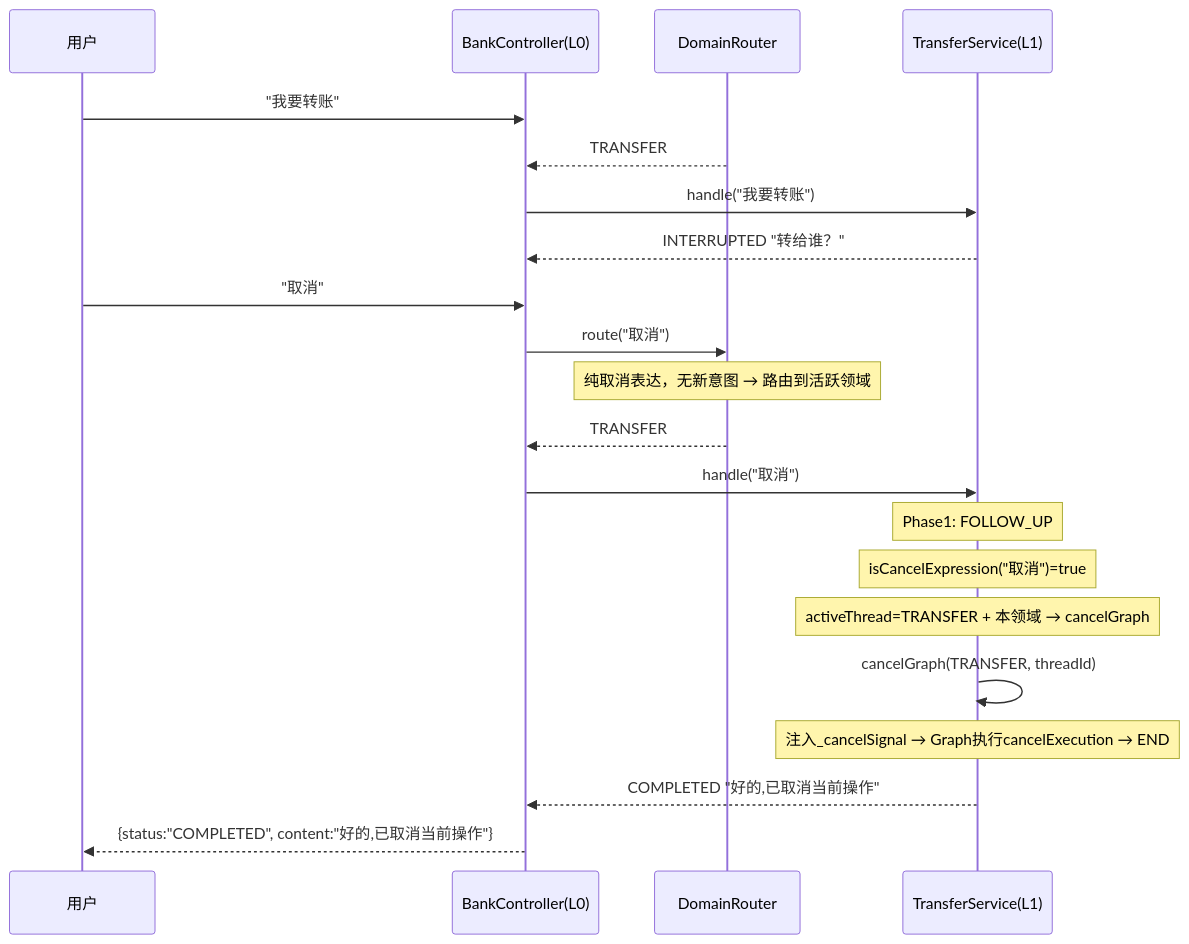
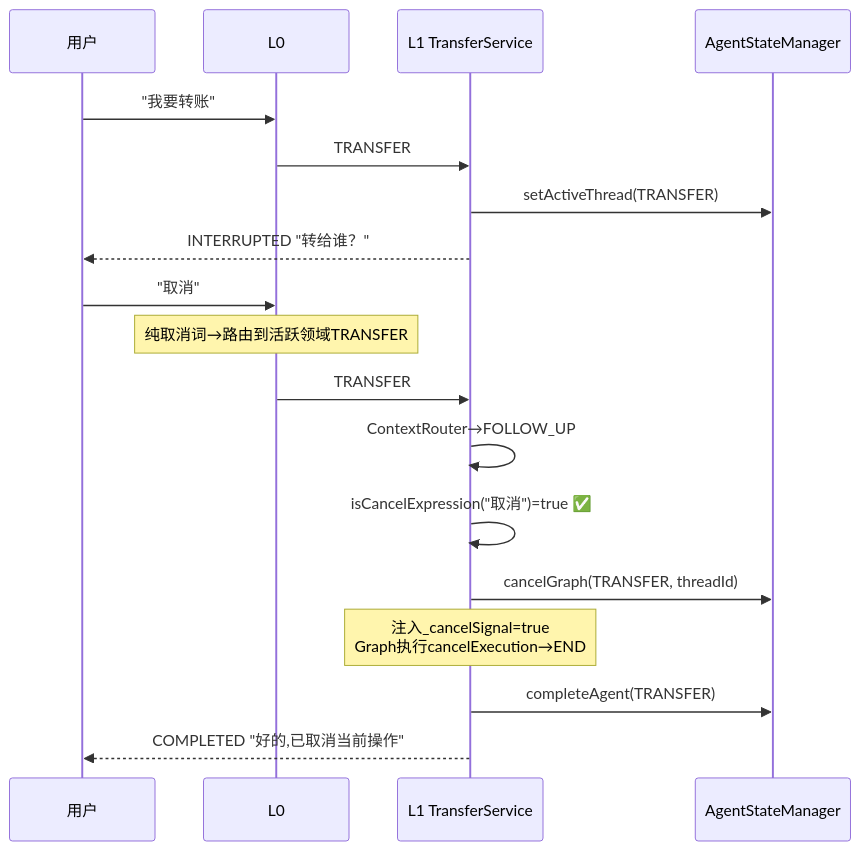
One commit to michael-lin-45/mobile-ai-bank-demo---workbuddy changed diagram 16 of 22 in ARCHITECTURE-FULL.md. Above: the diagram before and after it, drawn with Mermaid. The commit also changed other lines of this file and 30 other files, not shown here.

````diff
--- a/ARCHITECTURE-FULL.md
+++ b/ARCHITECTURE-FULL.md
@@ -603,25 +602,22 @@
 ```mermaid
 sequenceDiagram
     participant U as 用户
-    participant BC as BankController(L0)
-    participant DR as DomainRouter
-    participant TS as TransferService(L1)
+    participant L0 as L0
+    participant TS as L1 TransferService
+    participant SM as AgentStateManager
     
-    U->>BC: "我要转账"
-    DR-->>BC: TRANSFER
-    BC->>TS: handle("我要转账")
-    TS-->>BC: INTERRUPTED "转给谁？"
+    U->>L0: "我要转账"
+    L0->>TS: TRANSFER
+    TS->>SM: setActiveThread(TRANSFER)
+    TS-->>U: INTERRUPTED "转给谁？"
     
-    U->>BC: "取消"
-    BC->>DR: route("取消")
-    Note over DR: 纯取消表达，无新意图 → 路由到活跃领域
-    DR-->>BC: TRANSFER
-    BC->>TS: handle("取消")
-    Note over TS: Phase1: FOLLOW_UP
-    Note over TS: isCancelExpression("取消")=true
-    Note over TS: activeThread=TRANSFER + 本领域 → cancelGraph
-    TS->>TS: cancelGraph(TRANSFER, threadId)
-    Note over TS: 注入_cancelSignal → Graph执行cancelExecution → END
-    TS-->>BC: COMPLETED "好的,已取消当前操作"
-    BC-->>U: {status:"COMPLETED", content:"好的,已取消当前操作"}
+    U->>L0: "取消"
+    Note over L0: 纯取消词→路由到活跃领域TRANSFER
+    L0->>TS: TRANSFER
+    TS->>TS: ContextRouter→FOLLOW_UP
+    TS->>TS: isCancelExpression("取消")=true ✅
+    TS->>SM: cancelGraph(TRANSFER, threadId)
+    Note over TS: 注入_cancelSignal=true<br/>Graph执行cancelExecution→END
+    TS->>SM: completeAgent(TRANSFER)
+    TS-->>U: COMPLETED "好的,已取消当前操作"
 ```
````
